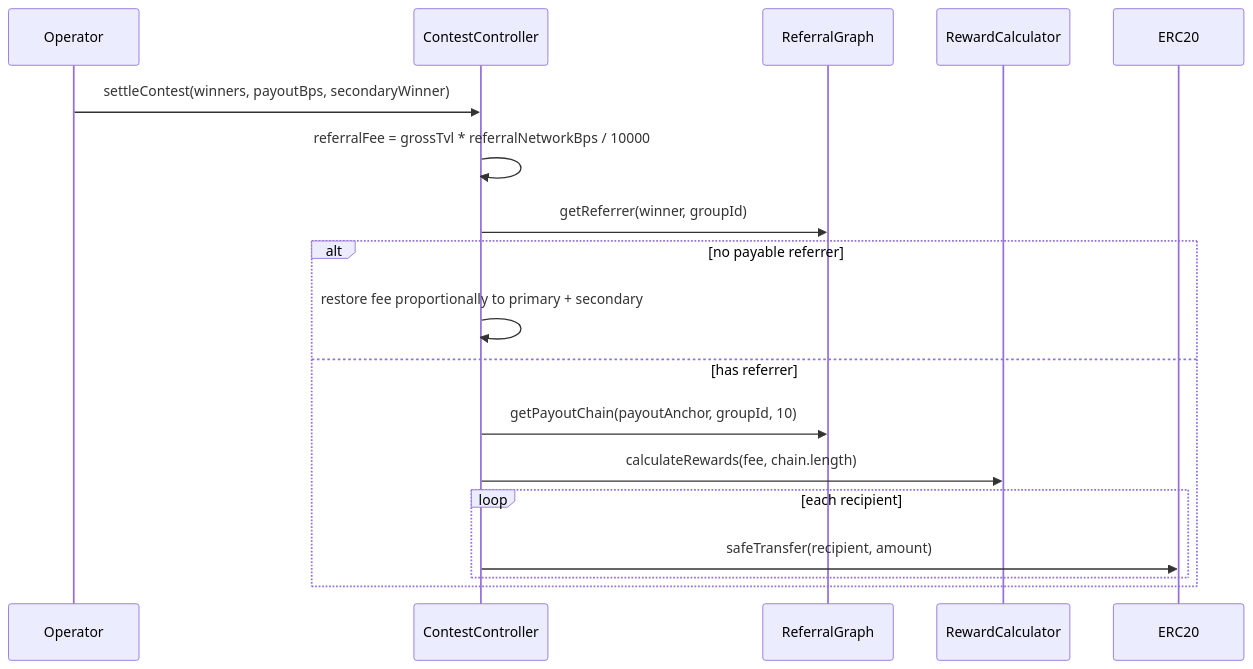
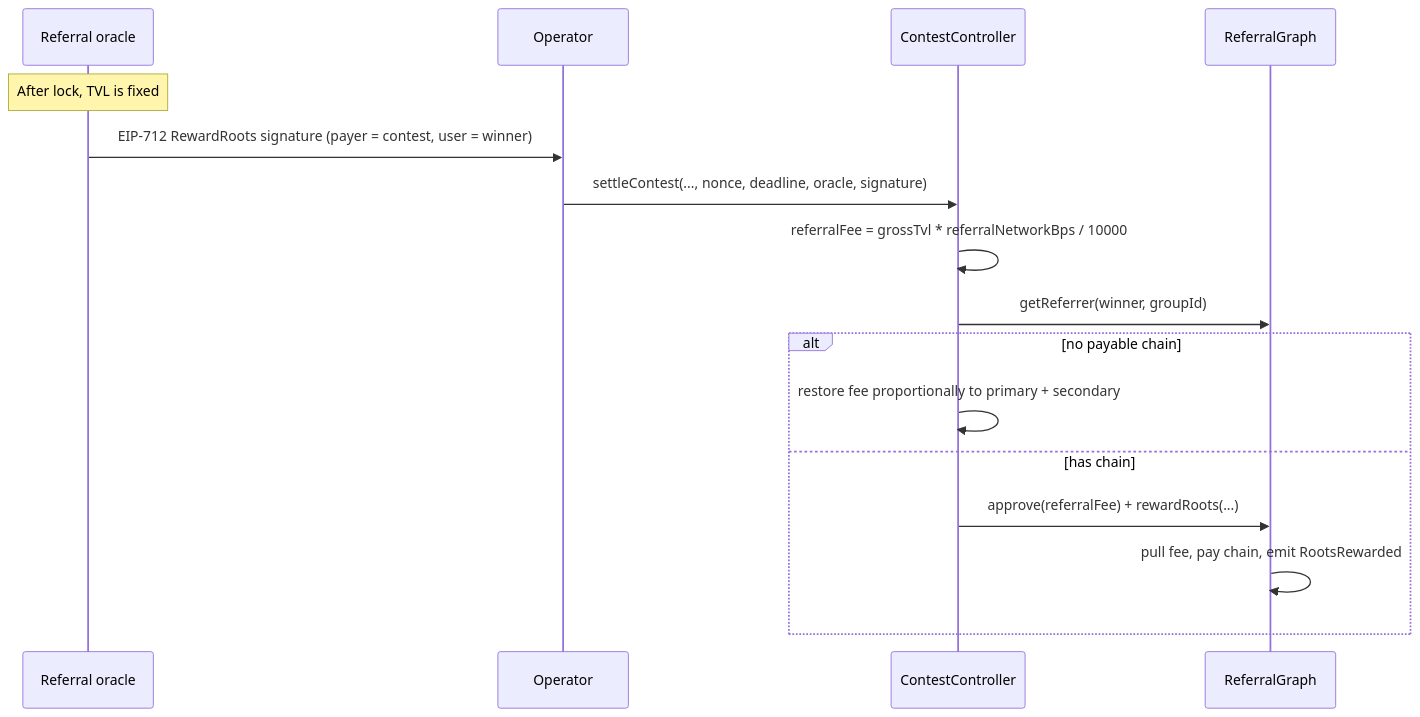
The diagram in docs/ReferralNetworkIntegration.md (MagRelo/contestCatalyst), drawn with Mermaid before and after one commit. The commit also changed other lines of this file and 4 other files, not shown here.

First line of the commit message:
Enhance contest settlement process with referral fee integration

````diff
--- a/docs/ReferralNetworkIntegration.md
+++ b/docs/ReferralNetworkIntegration.md
@@ -9,21 +11,19 @@
 ```mermaid
 sequenceDiagram
+    participant Oracle as Referral oracle
     participant Operator
     participant Contest as ContestController
     participant Graph as ReferralGraph
-    participant Calc as RewardCalculator
-    participant Token as ERC20
 
-    Operator->>Contest: settleContest(winners, payoutBps, secondaryWinner)
+    Note over Oracle: After lock, TVL is fixed
+    Oracle->>Operator: EIP-712 RewardRoots signature (payer = contest, user = winner)
+    Operator->>Contest: settleContest(..., nonce, deadline, oracle, signature)
     Contest->>Contest: referralFee = grossTvl * referralNetworkBps / 10000
     Contest->>Graph: getReferrer(winner, groupId)
-    alt no payable referrer
+    alt no payable chain
         Contest->>Contest: restore fee proportionally to primary + secondary
-    else has referrer
-        Contest->>Graph: getPayoutChain(payoutAnchor, groupId, 10)
-        Contest->>Calc: calculateRewards(fee, chain.length)
-        loop each recipient
-            Contest->>Token: safeTransfer(recipient, amount)
-        end
+    else has chain
+        Contest->>Graph: approve(referralFee) + rewardRoots(...)
+        Graph->>Graph: pull fee, pay chain, emit RootsRewarded
     end
 ```
````
